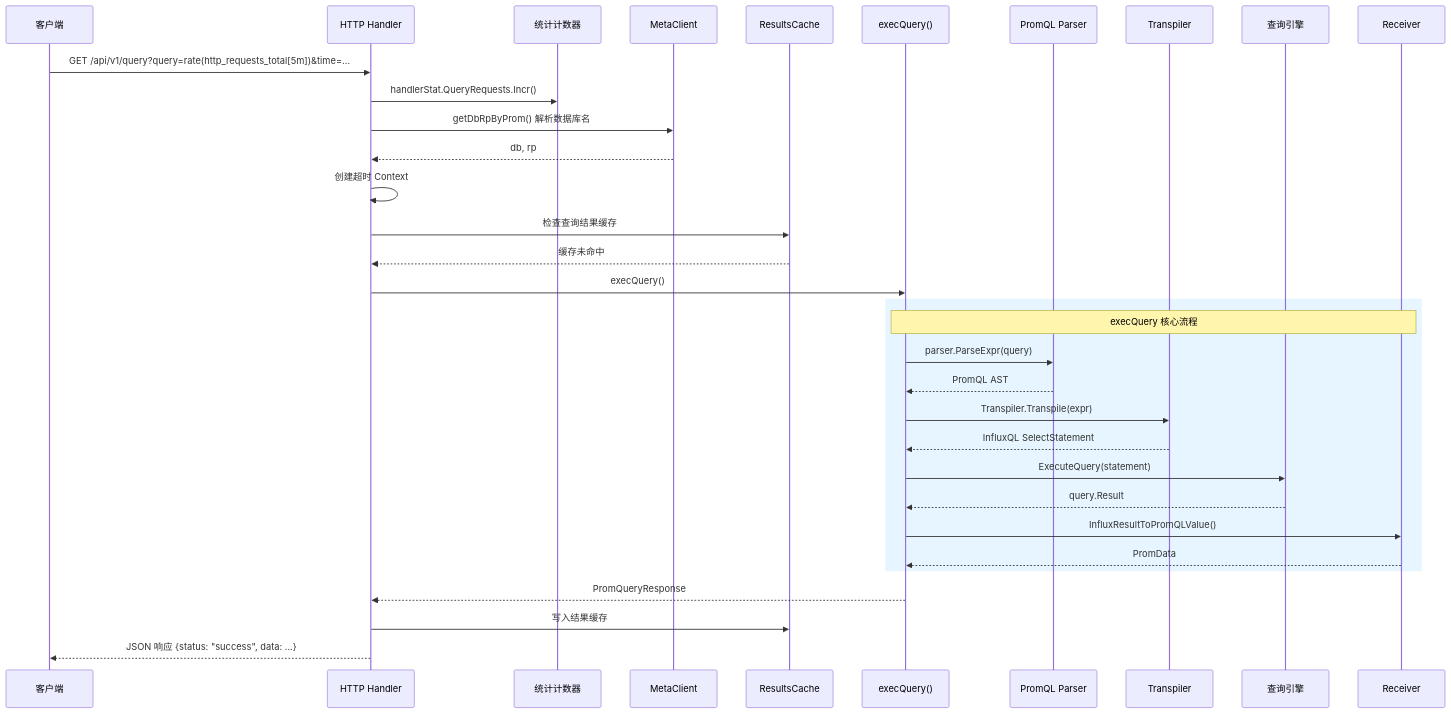
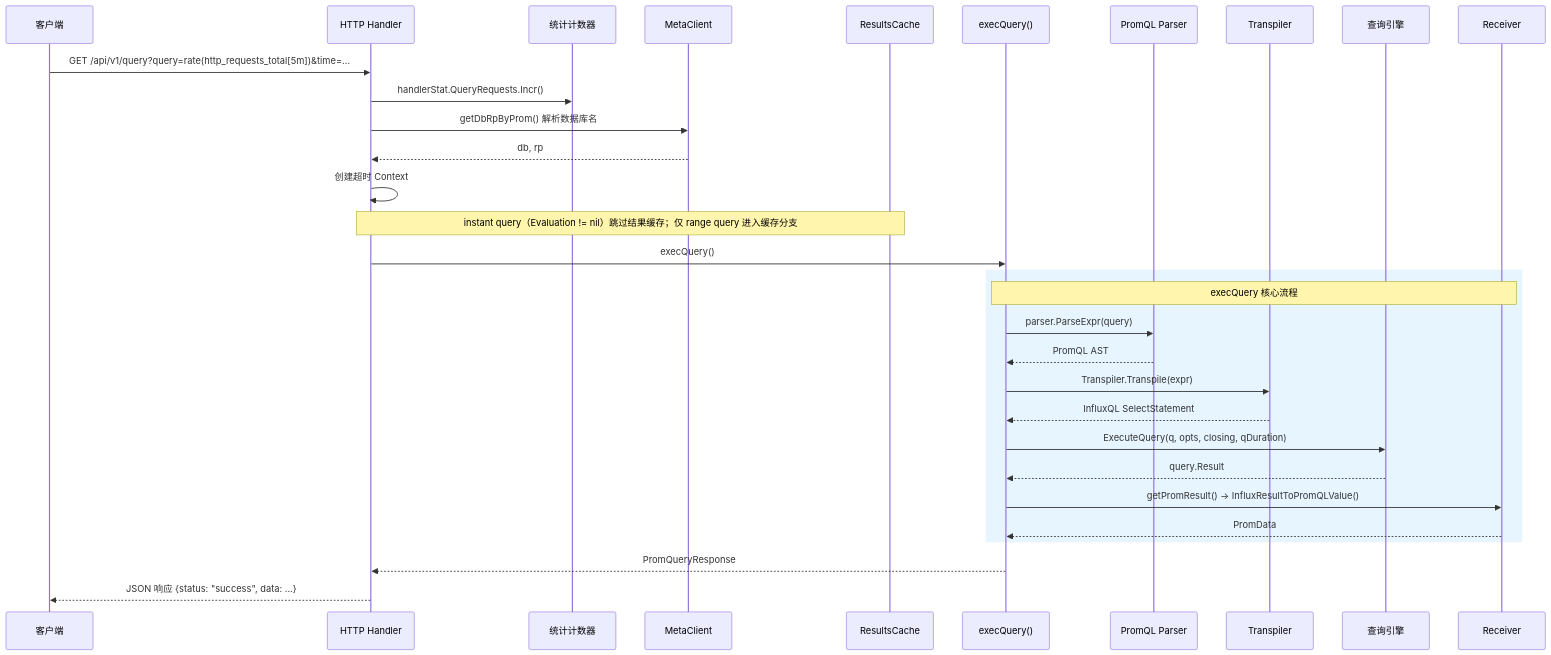
Before and after one commit to stefanv5/openGemini: diagram 11 of 17 in docs/specs/08_promql_compatibility_spec.md, drawn with Mermaid. The commit also changed other lines of this file and 37 other files, not shown here.

````diff
--- a/docs/specs/08_promql_compatibility_spec.md
+++ b/docs/specs/08_promql_compatibility_spec.md
@@ -1991,38 +2059,36 @@
 ```mermaid
 sequenceDiagram
     participant Client as 客户端
     participant Handler as HTTP Handler
     participant Stats as 统计计数器
     participant Meta as MetaClient
     participant Cache as ResultsCache
     participant Exec as execQuery()
     participant Parser as PromQL Parser
     participant Trans as Transpiler
     participant Engine as 查询引擎
     participant Recv as Receiver
 
     Client->>Handler: GET /api/v1/query?query=rate(http_requests_total[5m])&time=...
     Handler->>Stats: handlerStat.QueryRequests.Incr()
     Handler->>Meta: getDbRpByProm() 解析数据库名
     Meta-->>Handler: db, rp
     Handler->>Handler: 创建超时 Context
-    Handler->>Cache: 检查查询结果缓存
-    Cache-->>Handler: 缓存未命中
+    Note over Handler,Cache: instant query（Evaluation != nil）跳过结果缓存；仅 range query 进入缓存分支
     Handler->>Exec: execQuery()
 
     rect rgb(230, 245, 255)
         Note over Exec,Recv: execQuery 核心流程
         Exec->>Parser: parser.ParseExpr(query)
         Parser-->>Exec: PromQL AST
         Exec->>Trans: Transpiler.Transpile(expr)
         Trans-->>Exec: InfluxQL SelectStatement
-        Exec->>Engine: ExecuteQuery(statement)
+        Exec->>Engine: ExecuteQuery(q, opts, closing, qDuration)
         Engine-->>Exec: query.Result
-        Exec->>Recv: InfluxResultToPromQLValue()
+        Exec->>Recv: getPromResult() → InfluxResultToPromQLValue()
         Recv-->>Exec: PromData
     end
 
     Exec-->>Handler: PromQueryResponse
-    Handler->>Cache: 写入结果缓存
     Handler-->>Client: JSON 响应 {status: "success", data: ...}
 ```
````
